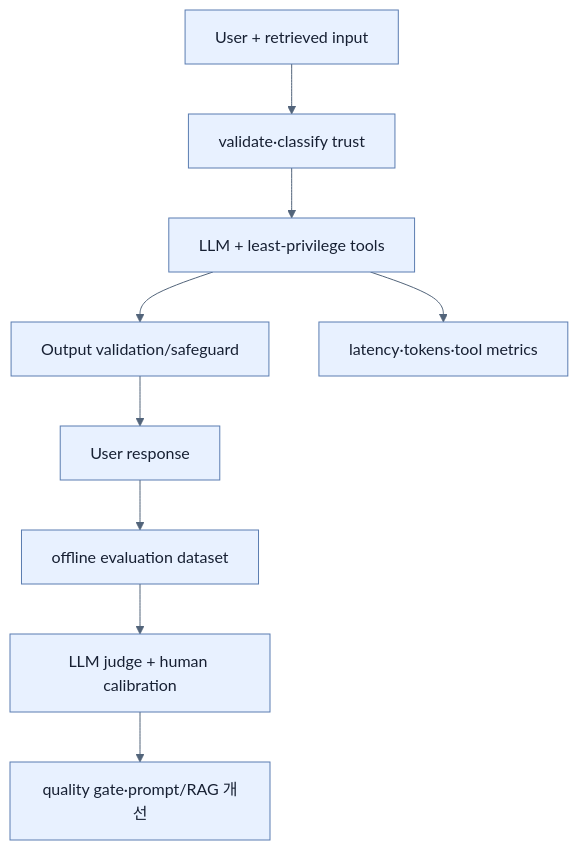
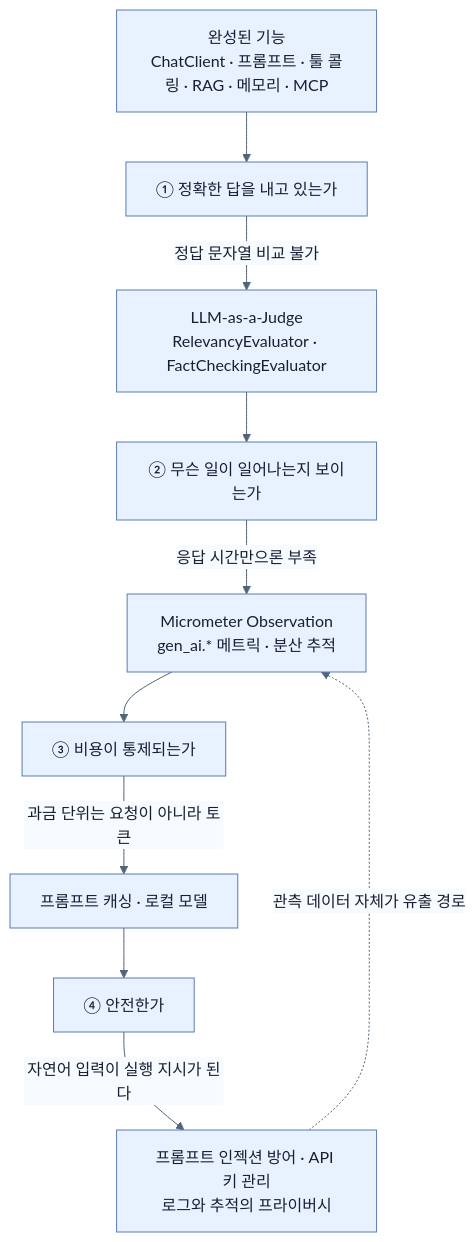
Before and after one commit to sing-u8/Learning_Spring_Boot_4: the diagram in spring-boot-4-pdf-notes/part-6-building-intelligent-applications-with-spring-ai/chapter-14-building-intelligent-applications-with-spring-ai/07-operating-llm-applications.md, drawn with Mermaid. The commit also changed other lines of this file and 253 other files, not shown here.

````diff
--- a/spring-boot-4-pdf-notes/part-6-building-intelligent-applications-with-spring-ai/chapter-14-building-intelligent-applications-with-spring-ai/07-operating-llm-applications.md
+++ b/spring-boot-4-pdf-notes/part-6-building-intelligent-applications-with-spring-ai/chapter-14-building-intelligent-applications-with-spring-ai/07-operating-llm-applications.md
@@ -32,12 +66,16 @@
 ```mermaid
 %%{init: {'theme': 'base', 'themeVariables': {'background': '#ffffff', 'primaryColor': '#e8f1ff', 'primaryTextColor': '#172033', 'primaryBorderColor': '#5b7db1', 'lineColor': '#52647a', 'secondaryColor': '#f7fbff', 'tertiaryColor': '#fff7df'}}}%%
-flowchart TD
-    I[User + retrieved input] --> V[validate·classify trust]
-    V --> L[LLM + least-privilege tools]
-    L --> O[Output validation/safeguard]
-    O --> U[User response]
-    L --> T[latency·tokens·tool metrics]
-    U --> E[offline evaluation dataset]
-    E --> J[LLM judge + human calibration]
-    J --> G[quality gate·prompt/RAG 개선]
+flowchart TB
+    BUILT["완성된 기능<br/>ChatClient · 프롬프트 · 툴 콜링 · RAG · 메모리 · MCP"]
+
+    BUILT --> Q1
+    Q1["① 정확한 답을 내고 있는가"] -->|"정답 문자열 비교 불가"| S1["LLM-as-a-Judge<br/>RelevancyEvaluator · FactCheckingEvaluator"]
+    S1 --> Q2
+    Q2["② 무슨 일이 일어나는지 보이는가"] -->|"응답 시간만으론 부족"| S2["Micrometer Observation<br/>gen_ai.* 메트릭 · 분산 추적"]
+    S2 --> Q3
+    Q3["③ 비용이 통제되는가"] -->|"과금 단위는 요청이 아니라 토큰"| S3["프롬프트 캐싱 · 로컬 모델"]
+    S3 --> Q4
+    Q4["④ 안전한가"] -->|"자연어 입력이 실행 지시가 된다"| S4["프롬프트 인젝션 방어 · API 키 관리<br/>로그와 추적의 프라이버시"]
+
+    S4 -.->|"관측 데이터 자체가 유출 경로"| S2
 ```
````
